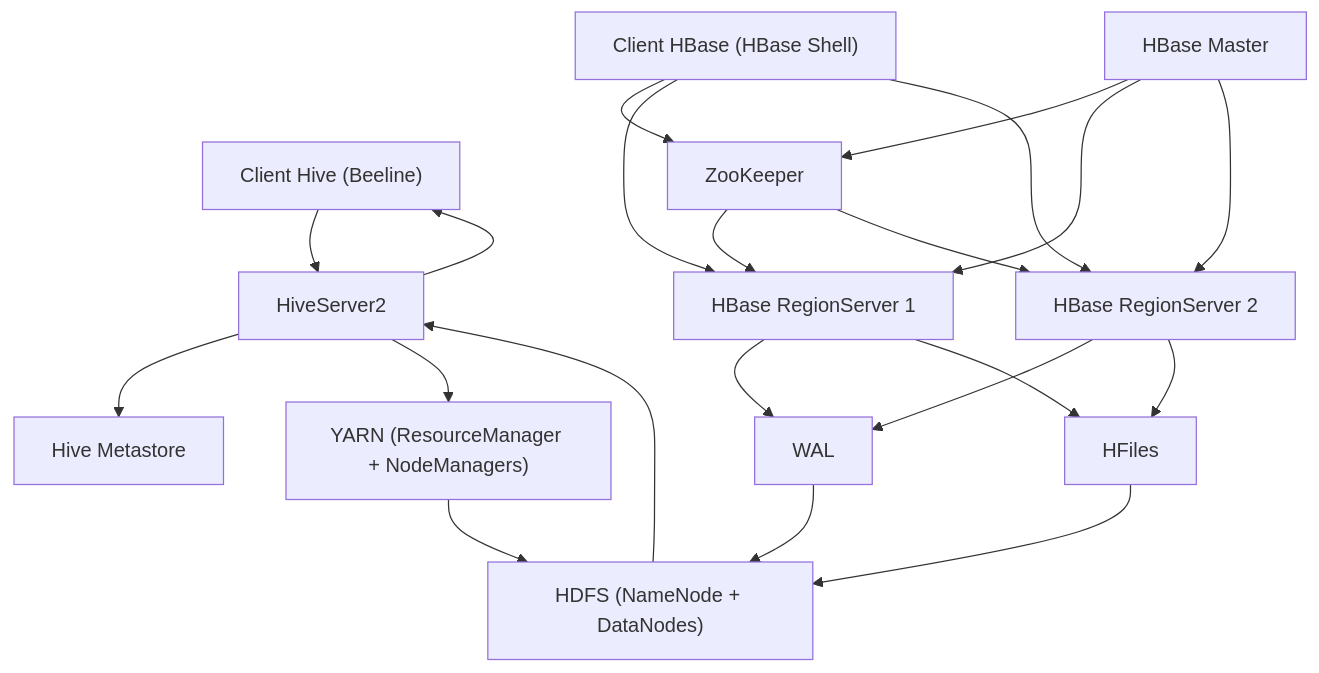
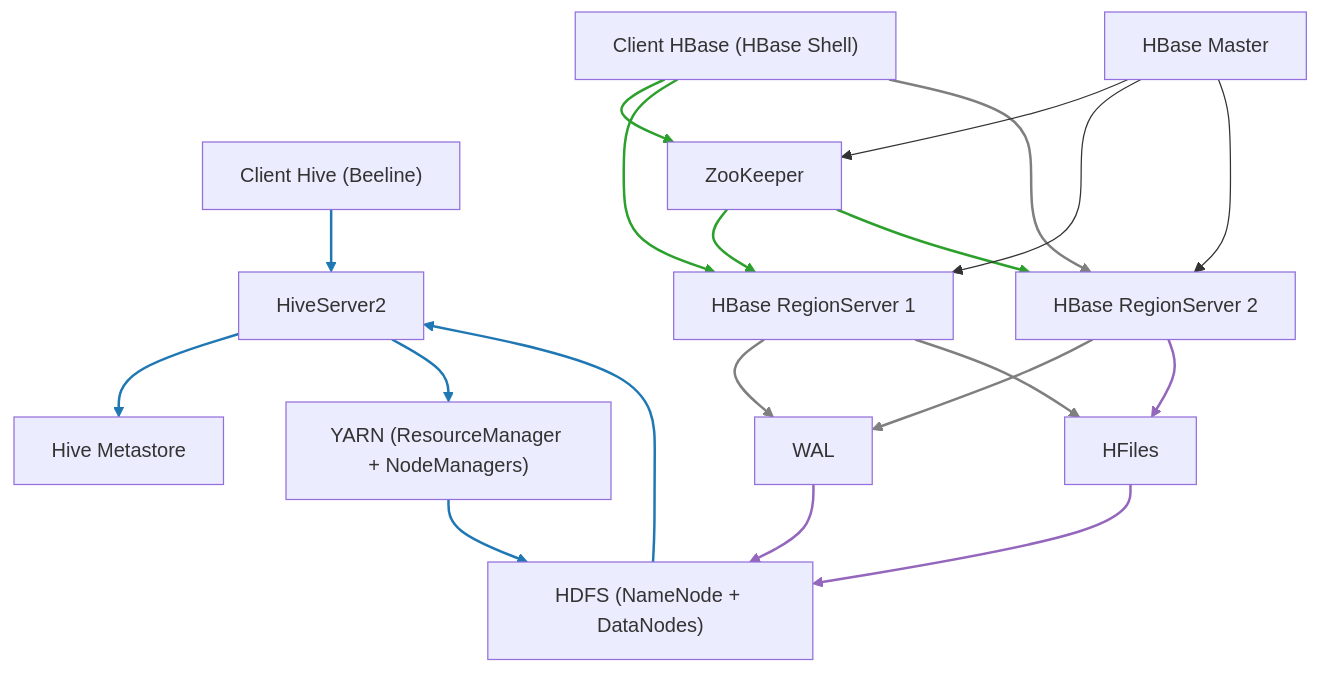
Before and after one commit to AbidHamza/M2DE_Hbase: the diagram in rendus/Mohamed Amine MERABET/Room 8/architecture-blank - Mohamed Amine MERABET.mmd, drawn with Mermaid.

Commit message:
Modif Diag

```diff
--- a/rendus/Mohamed Amine MERABET/Room 8/architecture-blank - Mohamed Amine MERABET.mmd
+++ b/rendus/Mohamed Amine MERABET/Room 8/architecture-blank - Mohamed Amine MERABET.mmd
@@ -1,55 +1,60 @@
 flowchart TB
 
-%% ===== Clients =====
+%% ===== Nodes =====
 ClientHive["Client Hive (Beeline)"]
 ClientHBase["Client HBase (HBase Shell)"]
 
-%% ===== Hive Layer =====
 HiveServer2["HiveServer2"]
 Metastore["Hive Metastore"]
 
-%% ===== HBase Layer =====
 HBaseMaster["HBase Master"]
 RegionServer1["HBase RegionServer 1"]
 RegionServer2["HBase RegionServer 2"]
 
-%% ===== Coordination =====
 ZooKeeper["ZooKeeper"]
-
-%% ===== Compute =====
 YARN["YARN (ResourceManager + NodeManagers)"]
 
-%% ===== Storage =====
 HDFS["HDFS (NameNode + DataNodes)"]
+WAL["WAL"]
 HFiles["HFiles"]
-WAL["WAL"]
 
 %% ===== Hive Flow =====
 ClientHive --> HiveServer2
 HiveServer2 --> Metastore
 HiveServer2 --> YARN
 YARN --> HDFS
 HDFS --> HiveServer2
-HiveServer2 --> ClientHive
 
 %% ===== HBase Flow =====
 ClientHBase --> ZooKeeper
 ZooKeeper --> RegionServer1
 ZooKeeper --> RegionServer2
 
 ClientHBase --> RegionServer1
 ClientHBase --> RegionServer2
 
 RegionServer1 --> WAL
 RegionServer2 --> WAL
-
 RegionServer1 --> HFiles
 RegionServer2 --> HFiles
 
 WAL --> HDFS
 HFiles --> HDFS
 
-%% ===== Master Coordination =====
+%% ===== Master =====
 HBaseMaster --> ZooKeeper
 HBaseMaster --> RegionServer1
 HBaseMaster --> RegionServer2
+
+%% ===== Link styles =====
+%% Hive (bleu)
+linkStyle 0,1,2,3,4 stroke:#1f77b4,stroke-width:2px;
+
+%% HBase accès (vert)
+linkStyle 5,6,7,8 stroke:#2ca02c,stroke-width:2px;
+
+%% HBase stockage (gris)
+linkStyle 9,10,11,12 stroke:#7f7f7f,stroke-width:2px;
+
+%% Coordination (violet)
+linkStyle 13,14,15 stroke:#9467bd,stroke-width:2px;
```
